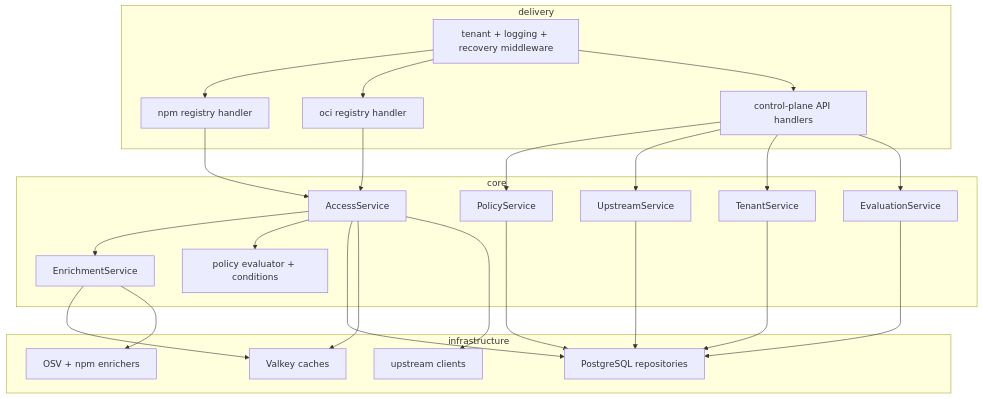
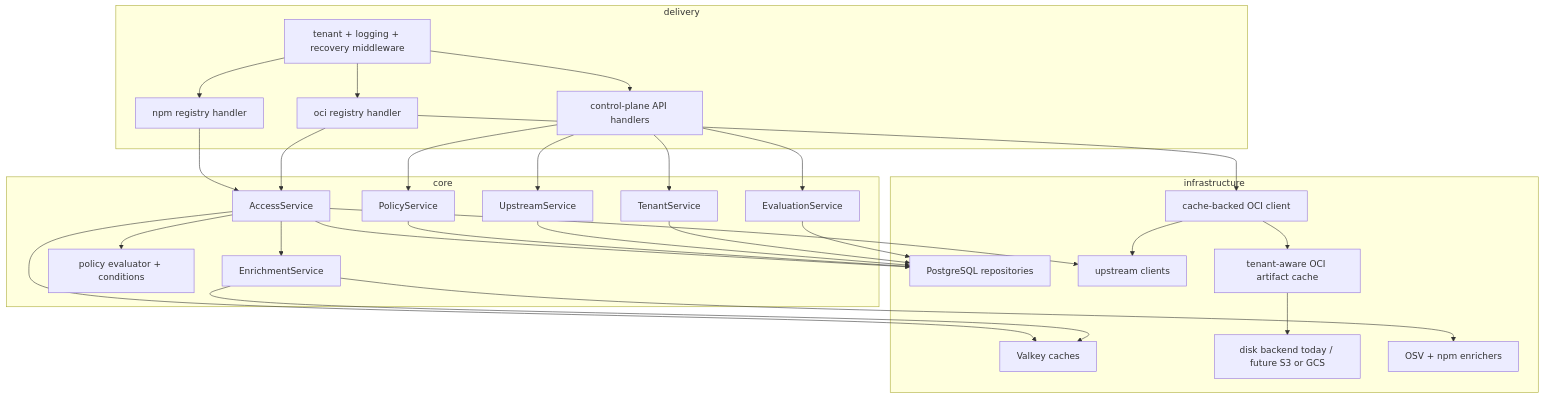
Before and after one commit to terrpan/dependency-firewall: the second of 4 diagrams in docs/architecture.md, drawn with Mermaid. The commit also changed other lines of this file and 49 other files, not shown here.

Commit message:
Add tenant-aware OCI caching and control-plane improvements

````diff
--- a/docs/architecture.md
+++ b/docs/architecture.md
@@ -68,49 +78,56 @@
 ```mermaid
 flowchart TB
     subgraph delivery[delivery]
         npmDelivery[npm registry handler]
         ociDelivery[oci registry handler]
         apiDelivery[control-plane API handlers]
         middleware[tenant + logging + recovery middleware]
     end
 
     subgraph core[core]
         accessService[AccessService]
         policyService[PolicyService]
         upstreamService[UpstreamService]
         tenantService[TenantService]
         evaluationService[EvaluationService]
         enrichmentService[EnrichmentService]
         evaluator[policy evaluator + conditions]
     end
 
     subgraph infrastructure[infrastructure]
         pgRepos[PostgreSQL repositories]
         valkeyCache[Valkey caches]
         upstreamClients[upstream clients]
+        cachedOCI[cache-backed OCI client]
+        ociCache[tenant-aware OCI artifact cache]
+        ociStorage[disk backend today / future S3 or GCS]
         enrichers[OSV + npm enrichers]
     end
 
     middleware --> npmDelivery
     middleware --> ociDelivery
     middleware --> apiDelivery
 
     npmDelivery --> accessService
     ociDelivery --> accessService
     apiDelivery --> policyService
     apiDelivery --> upstreamService
     apiDelivery --> tenantService
     apiDelivery --> evaluationService
 
     accessService --> enrichmentService
     accessService --> evaluator
     accessService --> pgRepos
     accessService --> valkeyCache
     accessService --> upstreamClients
     policyService --> pgRepos
     upstreamService --> pgRepos
     tenantService --> pgRepos
     evaluationService --> pgRepos
     enrichmentService --> valkeyCache
     enrichmentService --> enrichers
+    ociDelivery --> cachedOCI
+    cachedOCI --> ociCache
+    cachedOCI --> upstreamClients
+    ociCache --> ociStorage
 ```
````
